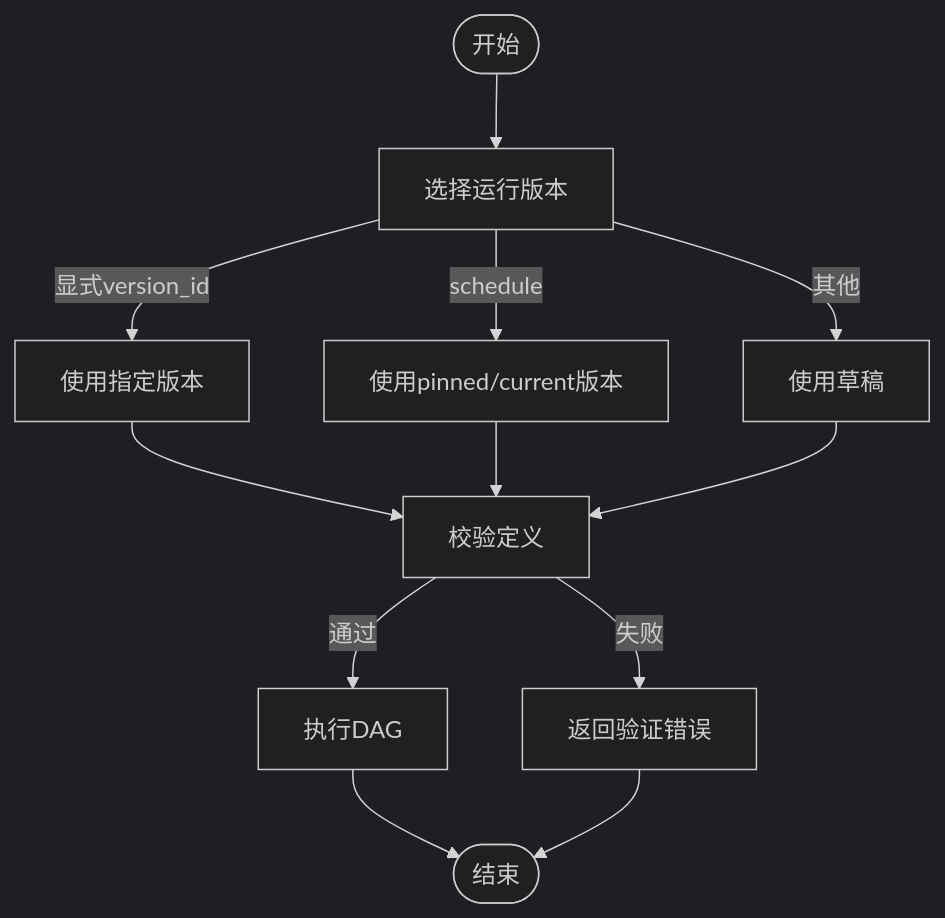
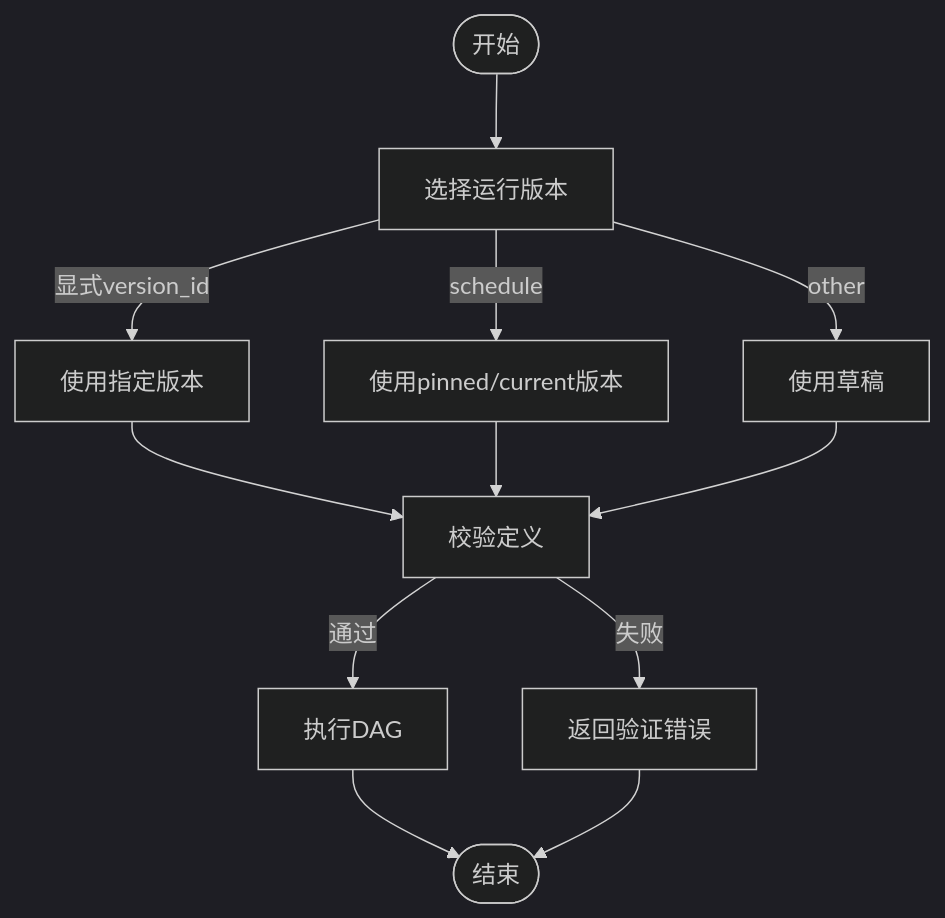
Before and after one commit to huiliuxu780/MoreThanCorn: the fourth of 4 diagrams in .qoder/repowiki/zh/content/任务与执行域.md, drawn with Mermaid (dark theme). The commit also changed other lines of this file and 141 other files, not shown here.

````diff
--- a/.qoder/repowiki/zh/content/任务与执行域.md
+++ b/.qoder/repowiki/zh/content/任务与执行域.md
@@ -542,14 +581,14 @@
 ```mermaid
 flowchart TD
 Start(["开始"]) --> CheckVer["选择运行版本"]
 CheckVer --> |显式version_id| UseVer["使用指定版本"]
 CheckVer --> |schedule| UsePinned["使用pinned/current版本"]
-CheckVer --> |其他| UseDraft["使用草稿"]
+CheckVer --> |other| UseDraft["使用草稿"]
 UseVer --> Validate["校验定义"]
 UsePinned --> Validate
 UseDraft --> Validate
 Validate --> |通过| Exec["执行DAG"]
 Validate --> |失败| Fail["返回验证错误"]
 Exec --> End(["结束"])
 Fail --> End
 ```
````
